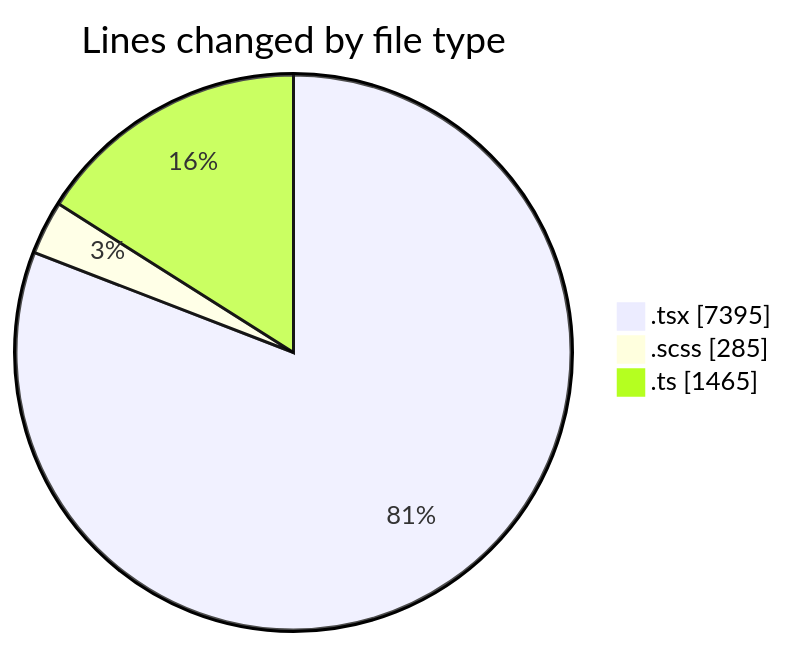
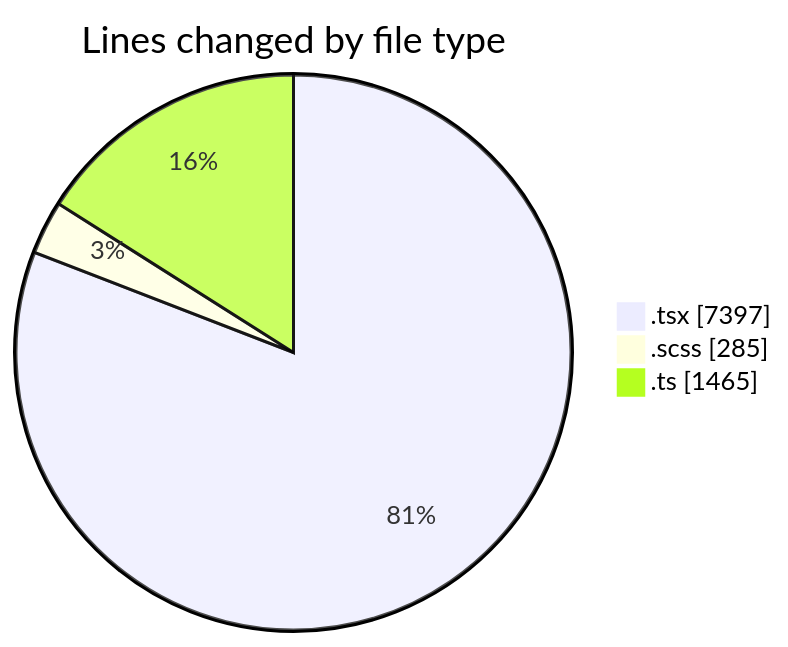
Before and after one commit to momahboobian/code-tracking: the first of 2 diagrams in 2026-02-25/cda/README.md, drawn with Mermaid. The commit also changed other lines of this file and 1 other file, not shown here.

````diff
--- a/2026-02-25/cda/README.md
+++ b/2026-02-25/cda/README.md
@@ -26,7 +26,7 @@
 ```mermaid
 pie showData
 title Lines changed by file type
-".tsx" : 7395
+".tsx" : 7397
 ".scss" : 285
 ".ts" : 1465
 ```
````
